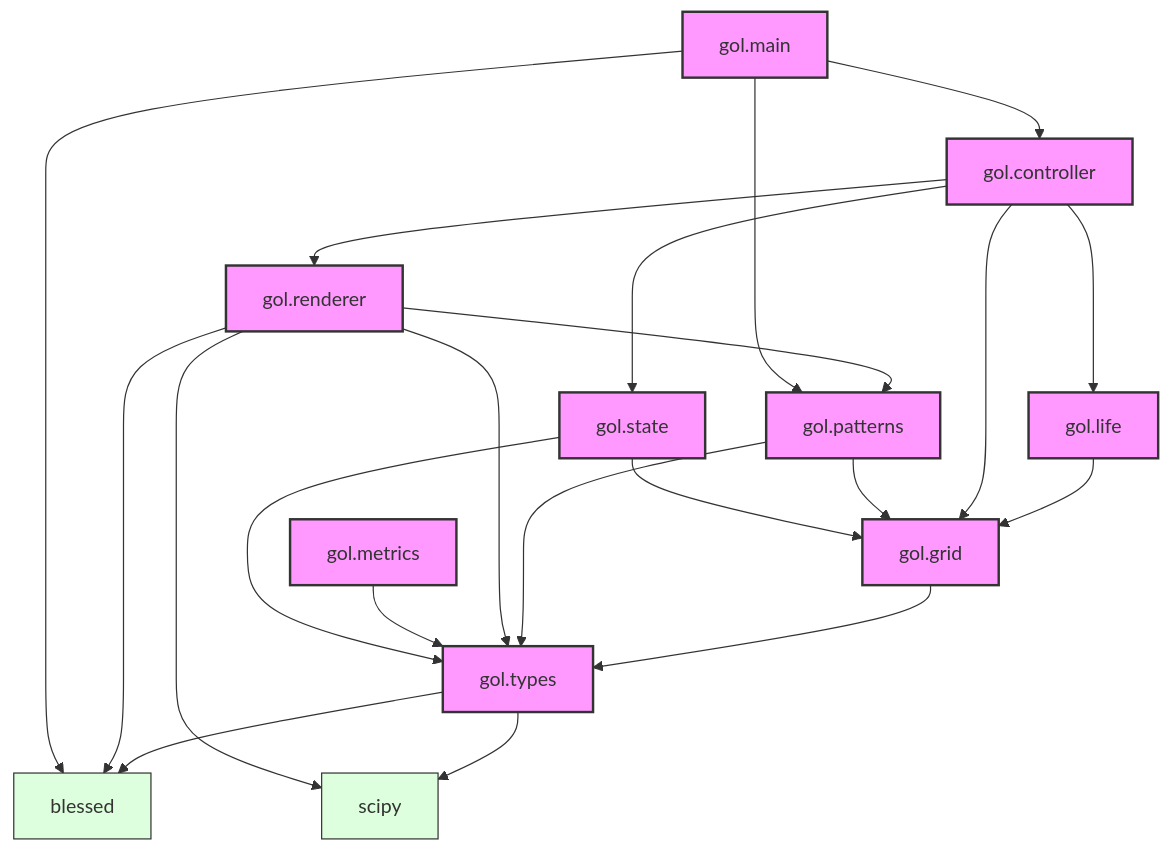
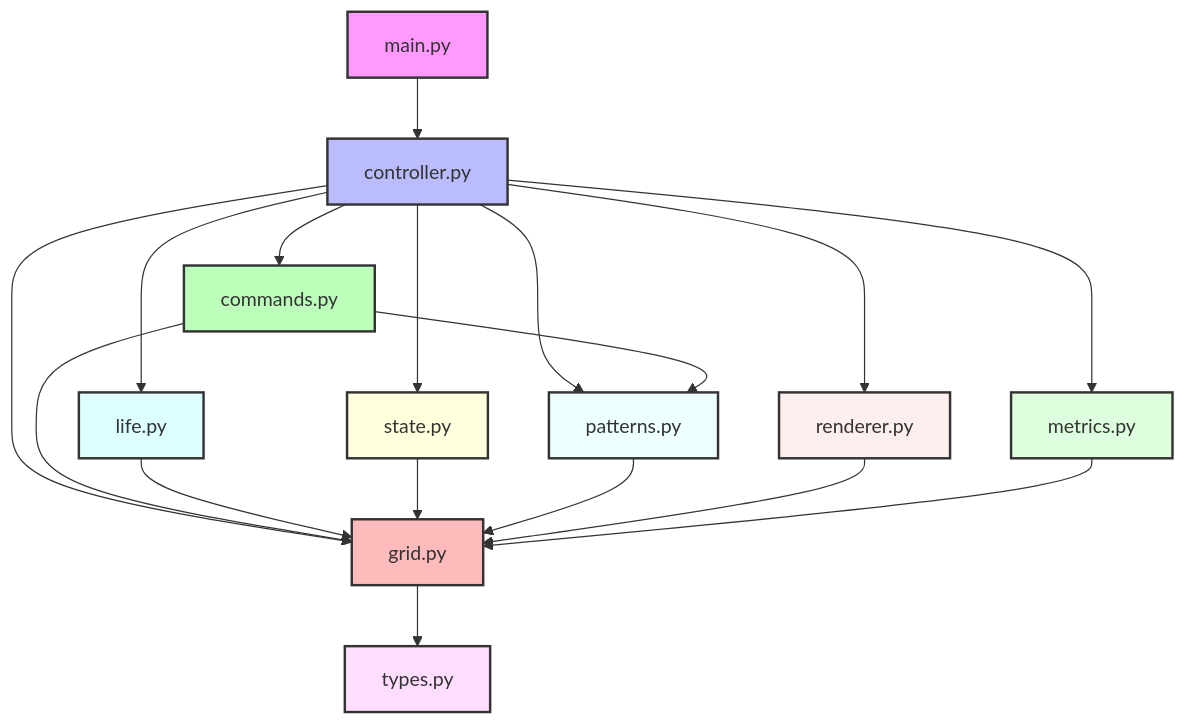
The first of 2 diagrams in docs/dependencies.md (dewe/py-gol), drawn with Mermaid before and after one commit. The commit also changed other lines of this file and 7 other files, not shown here.

````diff
--- a/docs/dependencies.md
+++ b/docs/dependencies.md
@@ -9,42 +24,30 @@
 ```mermaid
 graph TD
-    %% Core modules
-    grid[gol.grid]
-    life[gol.life]
-    controller[gol.controller]
-    main[gol.main]
-    renderer[gol.renderer]
-    patterns[gol.patterns]
-    types[gol.types]
-    state[gol.state]
-    metrics[gol.metrics]
-
-    %% Core dependencies
-    types --> blessed[blessed]
-    types --> scipy[scipy]
-    grid --> types
-    life --> grid
-    controller --> grid
-    controller --> life
-    controller --> renderer
-    controller --> state
-    patterns --> grid
-    patterns --> types
-    renderer --> types
-    renderer --> patterns
-    renderer --> blessed
-    renderer --> scipy
-    main --> controller
-    main --> patterns
-    main --> blessed
-    metrics --> types
-    state --> types
-    state --> grid
-
-    %% Styling
-    classDef core fill:#f9f,stroke:#333,stroke-width:2px;
-    classDef external fill:#dfd,stroke:#333,stroke-width:1px;
+    A[main.py] --> B[controller.py]
+    B --> C[commands.py]
+    B --> D[grid.py]
+    B --> E[life.py]
+    B --> F[state.py]
+    B --> G[patterns.py]
+    B --> H[renderer.py]
+    B --> I[metrics.py]
+    C --> D
+    C --> G
+    D --> J[types.py]
+    E --> D
+    F --> D
+    G --> D
+    H --> D
+    I --> D
     
-    class grid,life,controller,main,renderer,patterns,types,state,metrics core;
-    class scipy,blessed external;
+    style A fill:#f9f,stroke:#333,stroke-width:2px
+    style B fill:#bbf,stroke:#333,stroke-width:2px
+    style C fill:#bfb,stroke:#333,stroke-width:2px
+    style D fill:#fbb,stroke:#333,stroke-width:2px
+    style E fill:#dff,stroke:#333,stroke-width:2px
+    style F fill:#ffd,stroke:#333,stroke-width:2px
+    style G fill:#eff,stroke:#333,stroke-width:2px
+    style H fill:#fee,stroke:#333,stroke-width:2px
+    style I fill:#dfd,stroke:#333,stroke-width:2px
+    style J fill:#fdf,stroke:#333,stroke-width:2px
 ```
````
